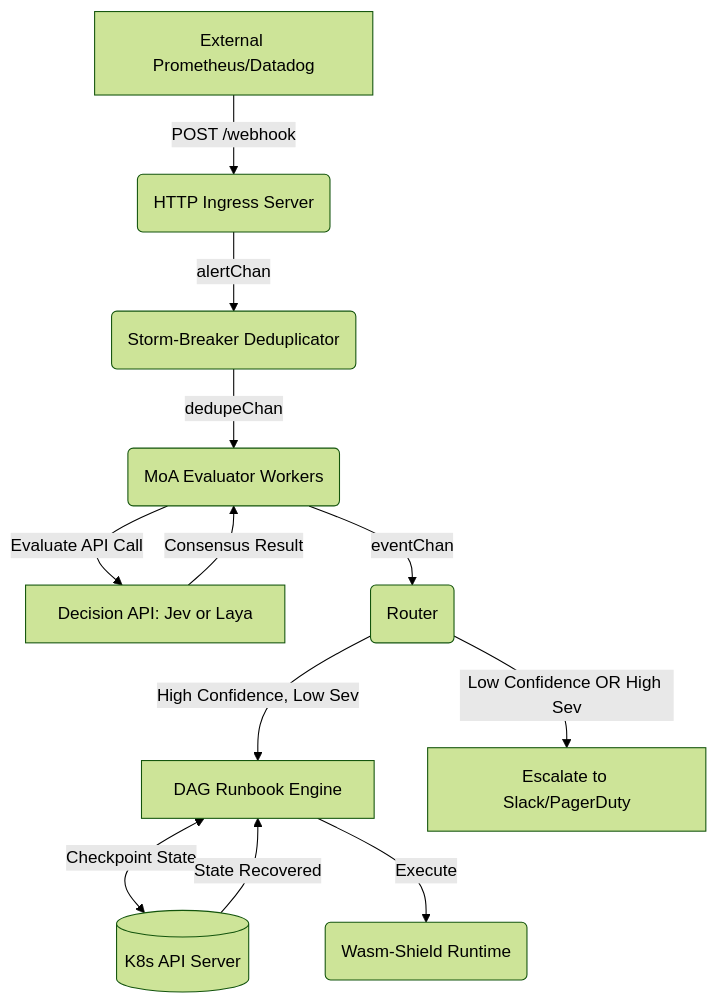
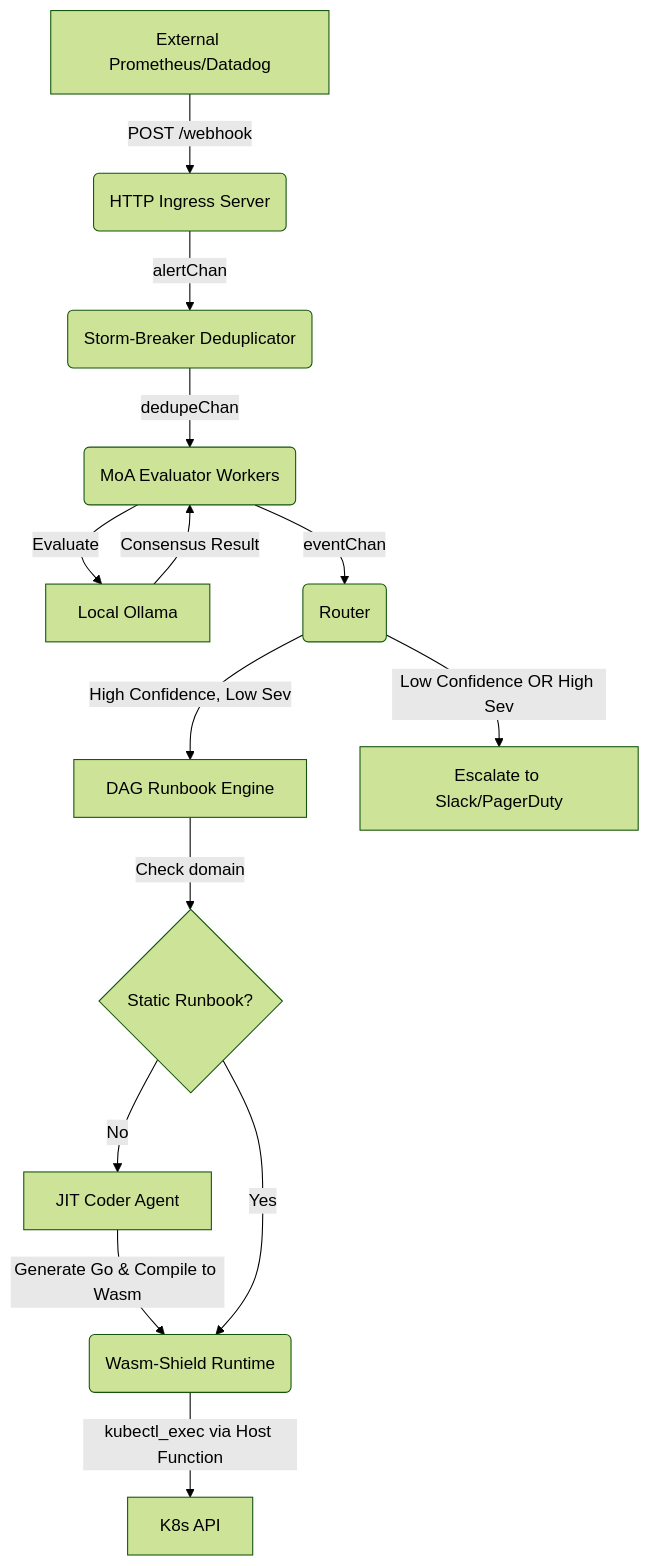
One commit to dimpu47/Reflex changed the diagram in README.md. Above: the diagram before and after it, drawn with Mermaid (forest theme). The commit also changed other lines of this file and 17 other files, not shown here.

First line of the commit message:
feat: Autonomous JIT Coder, MoA, and Environment-Aware HITL

````diff
--- a/README.md
+++ b/README.md
@@ -22,14 +25,16 @@
 ```mermaid
 graph TD
     A[External Prometheus/Datadog] -->|POST /webhook| B(HTTP Ingress Server)
     B -->|alertChan| S(Storm-Breaker Deduplicator)
     S -->|dedupeChan| C(MoA Evaluator Workers)
-    C -->|Evaluate API Call| Z[Decision API: Jev or Laya]
+    C -->|Evaluate| Z[Local Ollama]
     Z -->|Consensus Result| C
     C -->|eventChan| D(Router)
     D -->|High Confidence, Low Sev| E[DAG Runbook Engine]
-    E <-->|Checkpoint State| V[(K8s API Server)]
-    V -->|State Recovered| E
-    E -->|Execute| W(Wasm-Shield Runtime)
+    E -->|Check domain| M{Static Runbook?}
+    M -->|No| J[JIT Coder Agent]
+    J -->|Generate Go & Compile to Wasm| W(Wasm-Shield Runtime)
+    M -->|Yes| W
+    W -->|kubectl_exec via Host Function| K[K8s API]
     D -->|Low Confidence OR High Sev| G[Escalate to Slack/PagerDuty]
 ```
````
